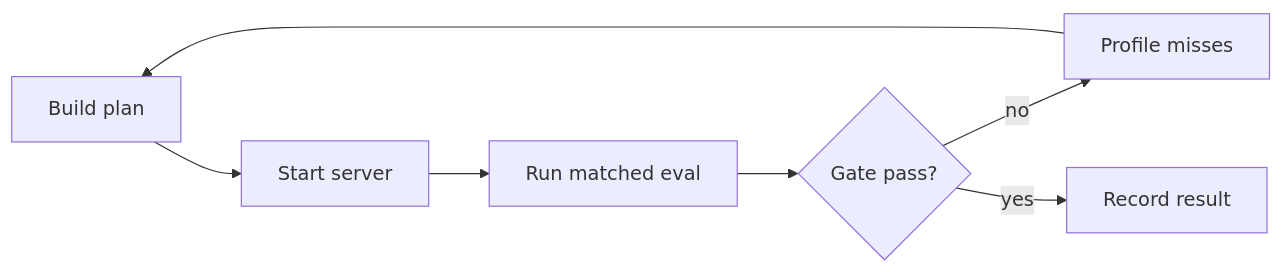
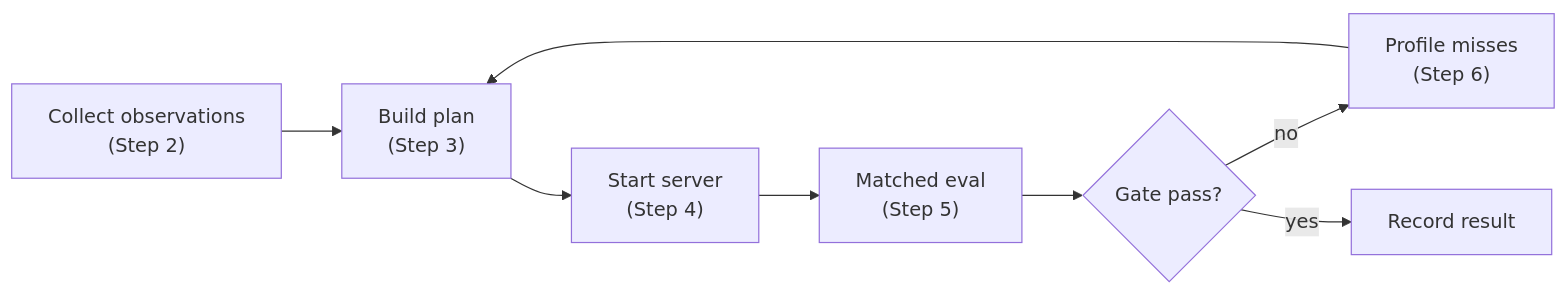
The diagram in README.md (0xSero/reap-expert-swap), drawn with Mermaid before and after one commit. The commit also changed other lines of this file, not shown here.

````diff
--- a/README.md
+++ b/README.md
@@ -150,9 +167,10 @@
 ```mermaid
 flowchart LR
-    Plan["Build plan"] --> Server["Start server"]
-    Server --> Eval["Run matched eval"]
+    Obs["Collect observations\n(Step 2)"] --> Plan["Build plan\n(Step 3)"]
+    Plan --> Server["Start server\n(Step 4)"]
+    Server --> Eval["Matched eval\n(Step 5)"]
     Eval --> Gate{"Gate pass?"}
-    Gate -->|no| Profile["Profile misses"]
+    Gate -->|no| Profile["Profile misses\n(Step 6)"]
     Profile --> Plan
     Gate -->|yes| Done["Record result"]
 ```
````
